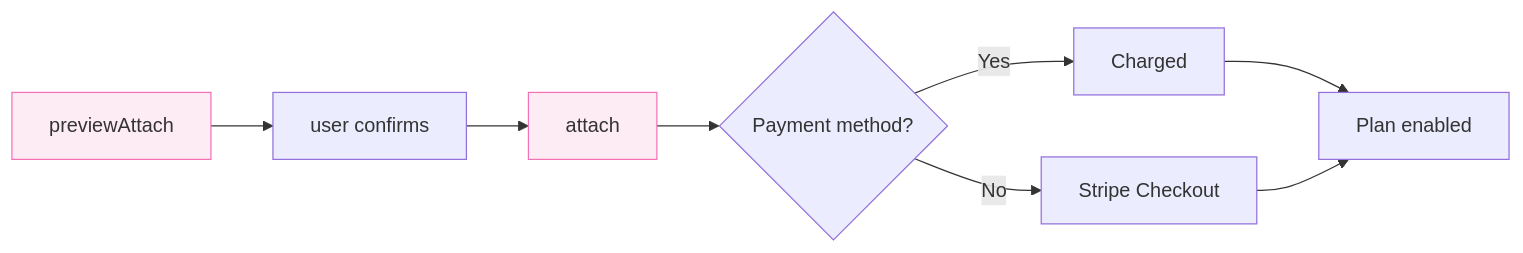
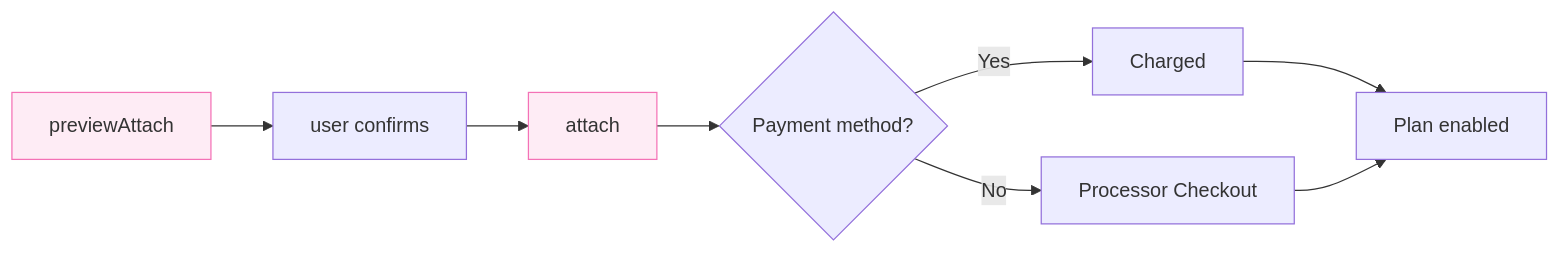
The diagram in billing/apps/docs/mintlify/documentation/customers/payment-flow.mdx (envision5/MeterPal), drawn with Mermaid before and after one commit. The commit also changed other lines of this file and 5308 other files, not shown here.

````diff
--- a/billing/apps/docs/mintlify/documentation/customers/payment-flow.mdx
+++ b/billing/apps/docs/mintlify/documentation/customers/payment-flow.mdx
@@ -50,10 +50,10 @@
 ```mermaid actions={false}
 graph LR
   A["previewAttach"] --> B["user confirms"] --> C["attach"] --> D{"Payment method?"}
   D -->|Yes| E["Charged"]
-  D -->|No| F["Stripe Checkout"]
+  D -->|No| F["Processor Checkout"]
   E --> G["Plan enabled"]
   F --> G
   style A fill:#f472b622,stroke:#f472b6
   style C fill:#f472b622,stroke:#f472b6
 ```
````
